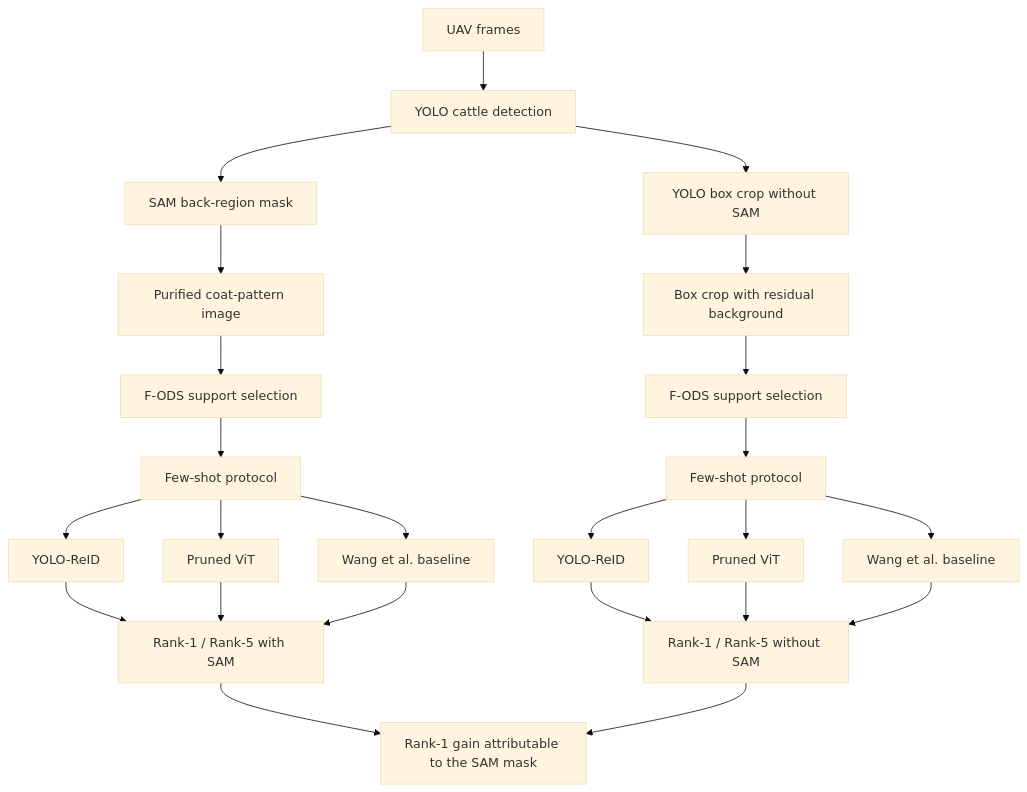
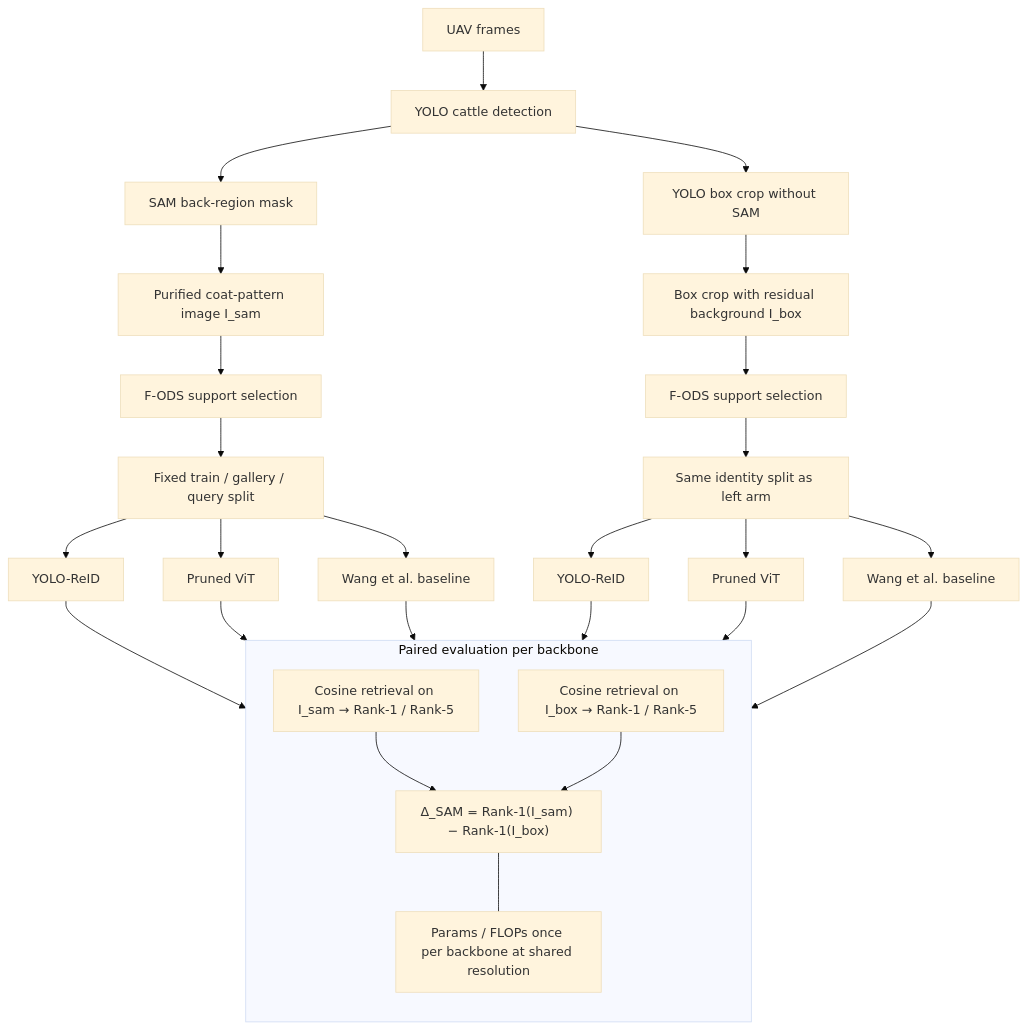
One commit to tianyi-star/2d_cattle changed the diagram in README.md. Above: the diagram before and after it, drawn with Mermaid (base theme). The commit also changed other lines of this file, not shown here.

Commit message:
Clarify the evaluation Mermaid stage and academic method prose. (#14)
Separate the paired Rank-1 gain and efficiency accounting into a distinct
evaluation subgraph, and rewrite the post-diagram paragraph for clearer
academic exposition of the shared detection, dual crops, and metrics.

````diff
--- a/README.md
+++ b/README.md
@@ -16,22 +16,32 @@
 ```mermaid
 flowchart TD
     A[UAV frames] --> B[YOLO cattle detection]
     B --> C[SAM back-region mask]
     B --> N[YOLO box crop without SAM]
-    C --> D[Purified coat-pattern image]
-    N --> P[Box crop with residual background]
+    C --> D[Purified coat-pattern image I_sam]
+    N --> P[Box crop with residual background I_box]
     D --> E[F-ODS support selection]
     P --> Q[F-ODS support selection]
-    E --> F[Few-shot protocol]
-    Q --> R[Few-shot protocol]
+    E --> F[Fixed train / gallery / query split]
+    Q --> R[Same identity split as left arm]
     F --> G[YOLO-ReID]
     F --> H[Pruned ViT]
     F --> I[Wang et al. baseline]
     R --> G2[YOLO-ReID]
     R --> H2[Pruned ViT]
     R --> I2[Wang et al. baseline]
-    G & H & I --> J[Rank-1 / Rank-5 with SAM]
-    G2 & H2 & I2 --> K[Rank-1 / Rank-5 without SAM]
-    J --> L[Rank-1 gain attributable to the SAM mask]
-    K --> L
+
+    subgraph EVAL["Paired evaluation per backbone"]
+        direction TB
+        J["Cosine retrieval on I_sam → Rank-1 / Rank-5"]
+        K["Cosine retrieval on I_box → Rank-1 / Rank-5"]
+        L["Δ_SAM = Rank-1(I_sam) − Rank-1(I_box)"]
+        M["Params / FLOPs once per backbone at shared resolution"]
+        J --> L
+        K --> L
+        L --- M
+    end
+
+    G & H & I --> J
+    G2 & H2 & I2 --> K
 ```
````
